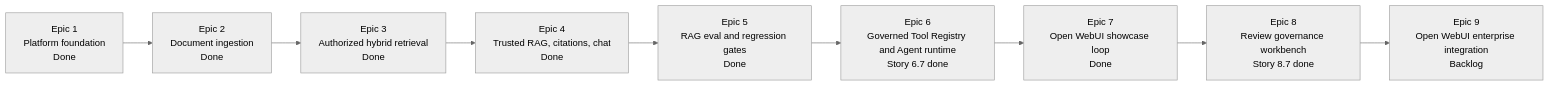
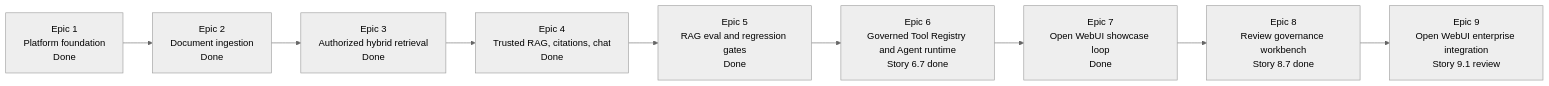
The first of 2 diagrams in README.md (chyinan/AegisRAG), drawn with Mermaid (neutral theme) before and after one commit. The commit also changed other lines of this file and 15 other files, not shown here.

````diff
--- a/README.md
+++ b/README.md
@@ -41,11 +43,11 @@
 ```mermaid
 flowchart LR
     E1["Epic 1\nPlatform foundation\nDone"] --> E2["Epic 2\nDocument ingestion\nDone"]
     E2 --> E3["Epic 3\nAuthorized hybrid retrieval\nDone"]
     E3 --> E4["Epic 4\nTrusted RAG, citations, chat\nDone"]
     E4 --> E5["Epic 5\nRAG eval and regression gates\nDone"]
     E5 --> E6["Epic 6\nGoverned Tool Registry and Agent runtime\nStory 6.7 done"]
     E6 --> E7["Epic 7\nOpen WebUI showcase loop\nDone"]
     E7 --> E8["Epic 8\nReview governance workbench\nStory 8.7 done"]
-    E8 --> E9["Epic 9\nOpen WebUI enterprise integration\nBacklog"]
+    E8 --> E9["Epic 9\nOpen WebUI enterprise integration\nStory 9.1 review"]
 ```
````
